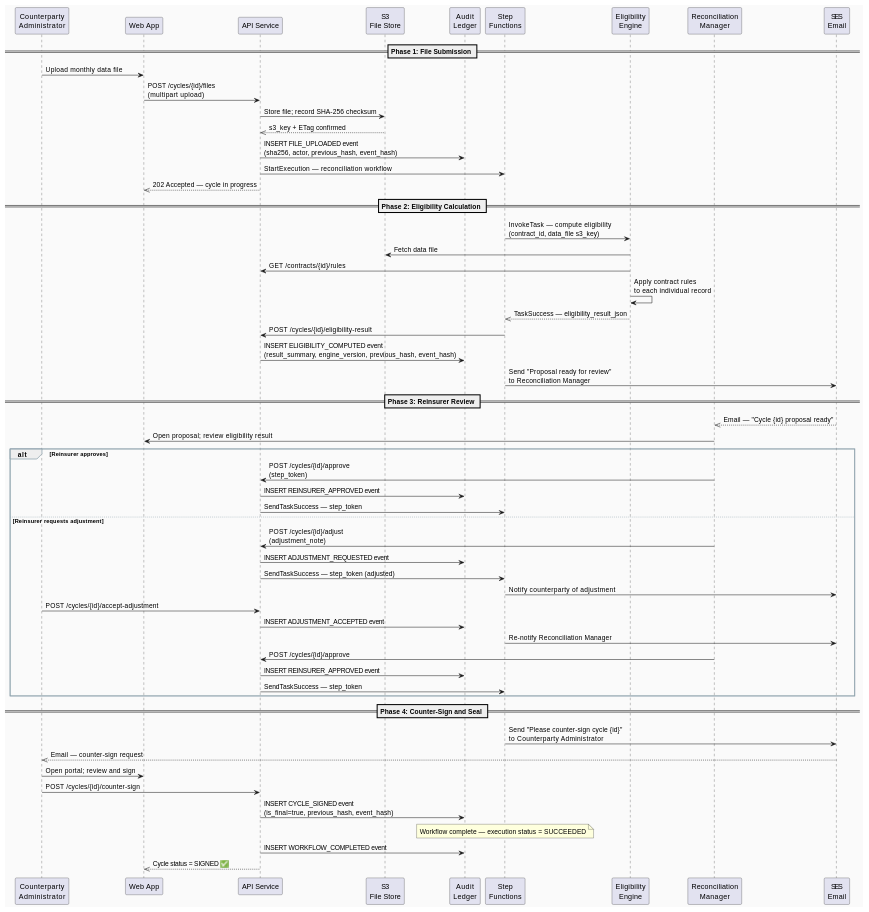
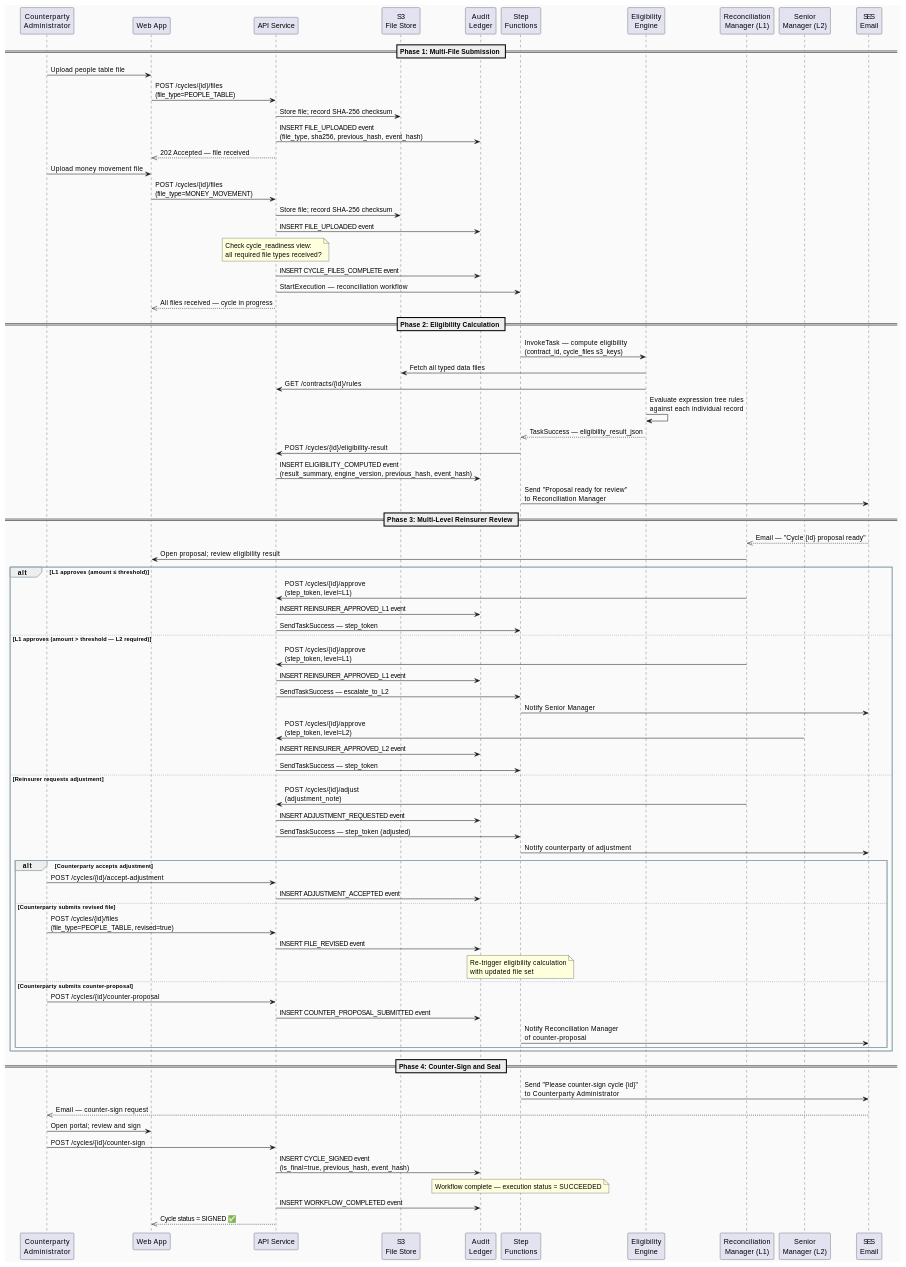
The fourth of 8 diagrams in 03/docs/solution-design.adoc (mosurekImagination/solution-architecture-case-studies), drawn with PlantUML before and after one commit. The commit also changed other lines of this file and 7 other files, not shown here.

```diff
--- a/03/docs/solution-design.adoc
+++ b/03/docs/solution-design.adoc
@@ -605,49 +619,72 @@
 participant "Audit\nLedger" as AUDIT
 participant "Step\nFunctions" as SF
 participant "Eligibility\nEngine" as EE
-participant "Reconciliation\nManager" as RM
+participant "Reconciliation\nManager (L1)" as RM
+participant "Senior\nManager (L2)" as SM
 participant "SES\nEmail" as SES
 
-== Phase 1: File Submission ==
+== Phase 1: Multi-File Submission ==
 
-CP -> WEB: Upload monthly data file
-WEB -> API: POST /cycles/{id}/files\n(multipart upload)
+CP -> WEB: Upload people table file
+WEB -> API: POST /cycles/{id}/files\n(file_type=PEOPLE_TABLE)
 API -> S3: Store file; record SHA-256 checksum
-S3 -->> API: s3_key + ETag confirmed
-API -> AUDIT: INSERT FILE_UPLOADED event\n(sha256, actor, previous_hash, event_hash)
+API -> AUDIT: INSERT FILE_UPLOADED event\n(file_type, sha256, previous_hash, event_hash)
+API -->> WEB: 202 Accepted — file received
+
+CP -> WEB: Upload money movement file
+WEB -> API: POST /cycles/{id}/files\n(file_type=MONEY_MOVEMENT)
+API -> S3: Store file; record SHA-256 checksum
+API -> AUDIT: INSERT FILE_UPLOADED event
+
+note over API: Check cycle_readiness view:\nall required file types received?
+API -> AUDIT: INSERT CYCLE_FILES_COMPLETE event
 API -> SF: StartExecution — reconciliation workflow
-API -->> WEB: 202 Accepted — cycle in progress
+API -->> WEB: All files received — cycle in progress
 
 == Phase 2: Eligibility Calculation ==
 
-SF -> EE: InvokeTask — compute eligibility\n(contract_id, data_file s3_key)
-EE -> S3: Fetch data file
+SF -> EE: InvokeTask — compute eligibility\n(contract_id, cycle_files s3_keys)
+EE -> S3: Fetch all typed data files
 EE -> API: GET /contracts/{id}/rules
-EE -> EE: Apply contract rules\nto each individual record
+EE -> EE: Evaluate expression tree rules\nagainst each individual record
 EE -->> SF: TaskSuccess — eligibility_result_json
 SF -> API: POST /cycles/{id}/eligibility-result
 API -> AUDIT: INSERT ELIGIBILITY_COMPUTED event\n(result_summary, engine_version, previous_hash, event_hash)
 SF -> SES: Send "Proposal ready for review"\nto Reconciliation Manager
 
-== Phase 3: Reinsurer Review ==
+== Phase 3: Multi-Level Reinsurer Review ==
 
 SES -->> RM: Email — "Cycle {id} proposal ready"
 RM -> WEB: Open proposal; review eligibility result
-alt Reinsurer approves
-  RM -> API: POST /cycles/{id}/approve\n(step_token)
-  API -> AUDIT: INSERT REINSURER_APPROVED event
+alt L1 approves (amount ≤ threshold)
+  RM -> API: POST /cycles/{id}/approve\n(step_token, level=L1)
+  API -> AUDIT: INSERT REINSURER_APPROVED_L1 event
+  API -> SF: SendTaskSuccess — step_token
+else L1 approves (amount > threshold — L2 required)
+  RM -> API: POST /cycles/{id}/approve\n(step_token, level=L1)
+  API -> AUDIT: INSERT REINSURER_APPROVED_L1 event
+  API -> SF: SendTaskSuccess — escalate_to_L2
+  SF -> SES: Notify Senior Manager
+  SM -> API: POST /cycles/{id}/approve\n(step_token, level=L2)
+  API -> AUDIT: INSERT REINSURER_APPROVED_L2 event
   API -> SF: SendTaskSuccess — step_token
 else Reinsurer requests adjustment
   RM -> API: POST /cycles/{id}/adjust\n(adjustment_note)
   API -> AUDIT: INSERT ADJUSTMENT_REQUESTED event
   API -> SF: SendTaskSuccess — step_token (adjusted)
   SF -> SES: Notify counterparty of adjustment
-  CP -> API: POST /cycles/{id}/accept-adjustment
-  API -> AUDIT: INSERT ADJUSTMENT_ACCEPTED event
-  SF -> SES: Re-notify Reconciliation Manager
-  RM -> API: POST /cycles/{id}/approve
-  API -> AUDIT: INSERT REINSURER_APPROVED event
-  API -> SF: SendTaskSuccess — step_token
+  alt Counterparty accepts adjustment
+    CP -> API: POST /cycles/{id}/accept-adjustment
+    API -> AUDIT: INSERT ADJUSTMENT_ACCEPTED event
+  else Counterparty submits revised file
+    CP -> API: POST /cycles/{id}/files\n(file_type=PEOPLE_TABLE, revised=true)
+    API -> AUDIT: INSERT FILE_REVISED event
+    note over SF: Re-trigger eligibility calculation\nwith updated file set
+  else Counterparty submits counter-proposal
+    CP -> API: POST /cycles/{id}/counter-proposal
+    API -> AUDIT: INSERT COUNTER_PROPOSAL_SUBMITTED event
+    SF -> SES: Notify Reconciliation Manager\nof counter-proposal
+  end
 end
 
 == Phase 4: Counter-Sign and Seal ==
```
